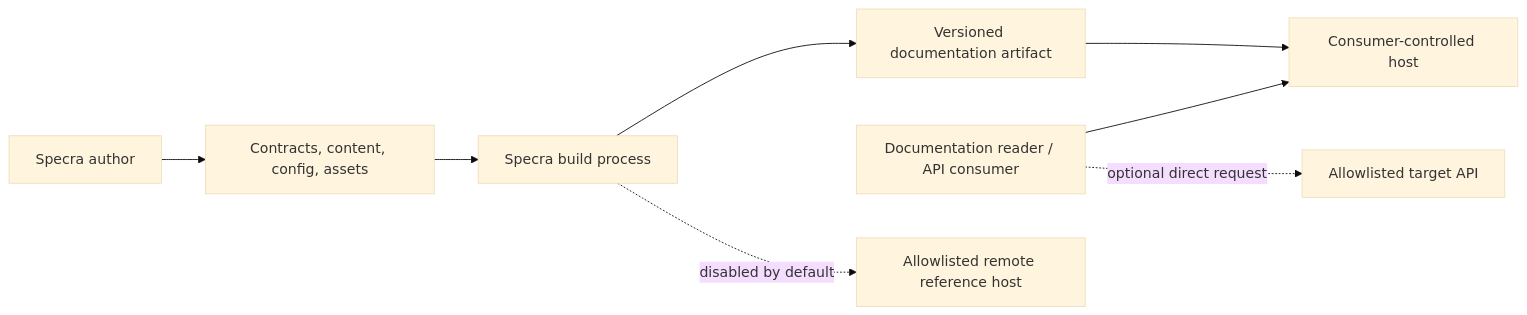
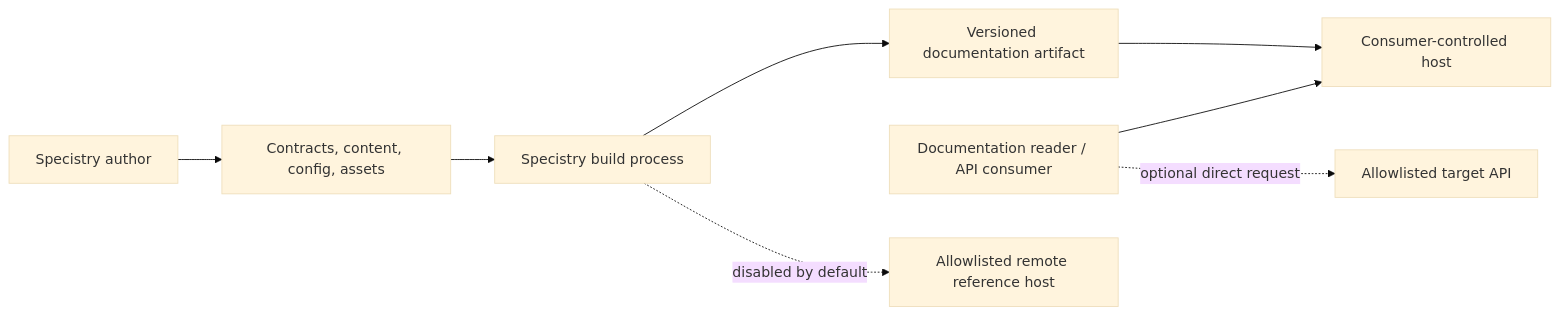
One commit to yannisyoussef/specistry changed the first of 12 diagrams in docs/architecture/README.md. Above: the diagram before and after it, drawn with Mermaid (base theme). The commit also changed other lines of this file and 329 other files, not shown here.

````diff
--- a/docs/architecture/README.md
+++ b/docs/architecture/README.md
@@ -9,10 +9,10 @@
 ```mermaid
 flowchart LR
-  Author["Specra author"] --> Sources["Contracts, content, config, assets"]
-  Sources --> Build["Specra build process"]
+  Author["Specistry author"] --> Sources["Contracts, content, config, assets"]
+  Sources --> Build["Specistry build process"]
   Build --> Artifact["Versioned documentation artifact"]
   Artifact --> Host["Consumer-controlled host"]
   Reader["Documentation reader / API consumer"] --> Host
   Reader -. "optional direct request" .-> API["Allowlisted target API"]
   Build -. "disabled by default" .-> Remote["Allowlisted remote reference host"]
 ```
````
